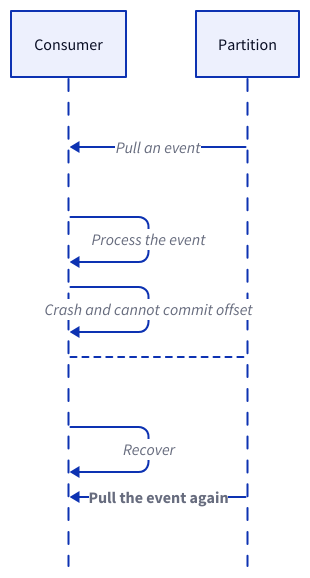
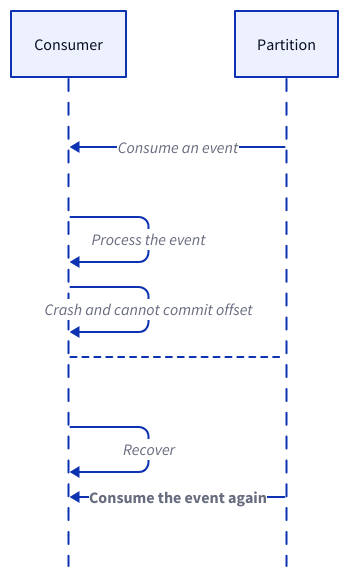
Before and after one commit to link1905/system-design-101: the eighth of 14 diagrams in content/docs/data-persistence/event-streaming-platform/delivery-semantics.md, drawn with D2. The commit also changed other lines of this file and 49 other files, not shown here.

````diff
--- a/content/docs/data-persistence/event-streaming-platform/delivery-semantics.md
+++ b/content/docs/data-persistence/event-streaming-platform/delivery-semantics.md
@@ -186,21 +188,21 @@
 ```d2
 shape: sequence_diagram
 c: Consumer {
     class: server
 }
 e: Partition {
     class: mq
 }
-c <- e: Pull an event
+c <- e: Consume an event
 c -> c: Process the event
 c -> c: Crash and cannot commit offset {
     class: error-conn
 }
 c -- e {
   style.stroke-dash: 3
 }
 c -> c: Recover
-c <- e: Pull the event again {
+c <- e: Consume the event again {
     style.bold: true
 }
 ```
````
